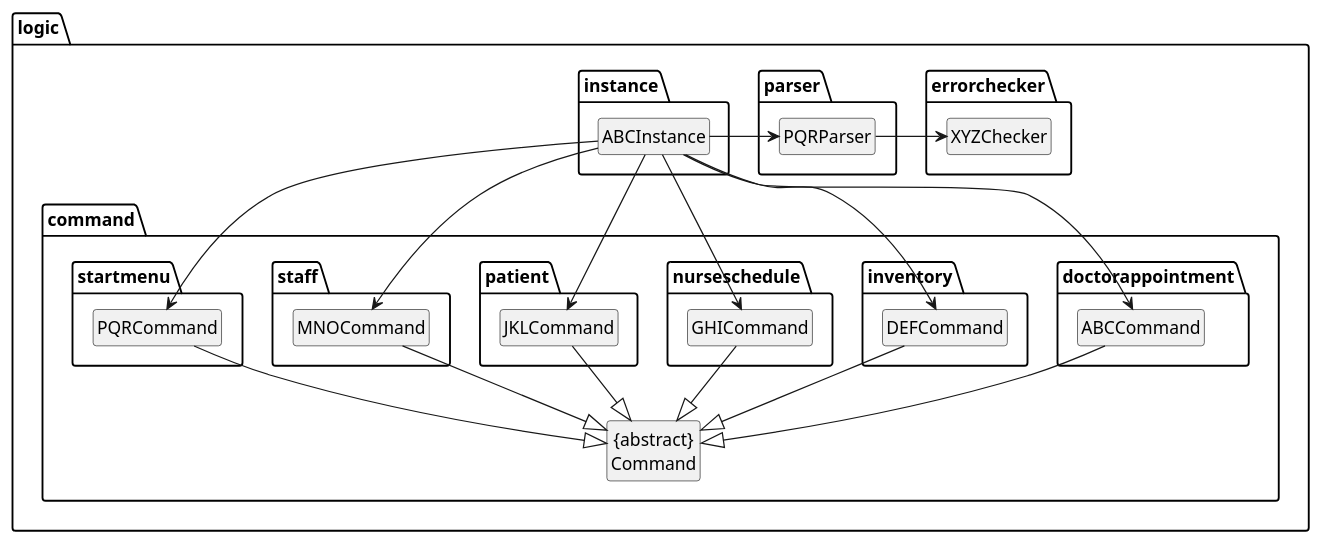
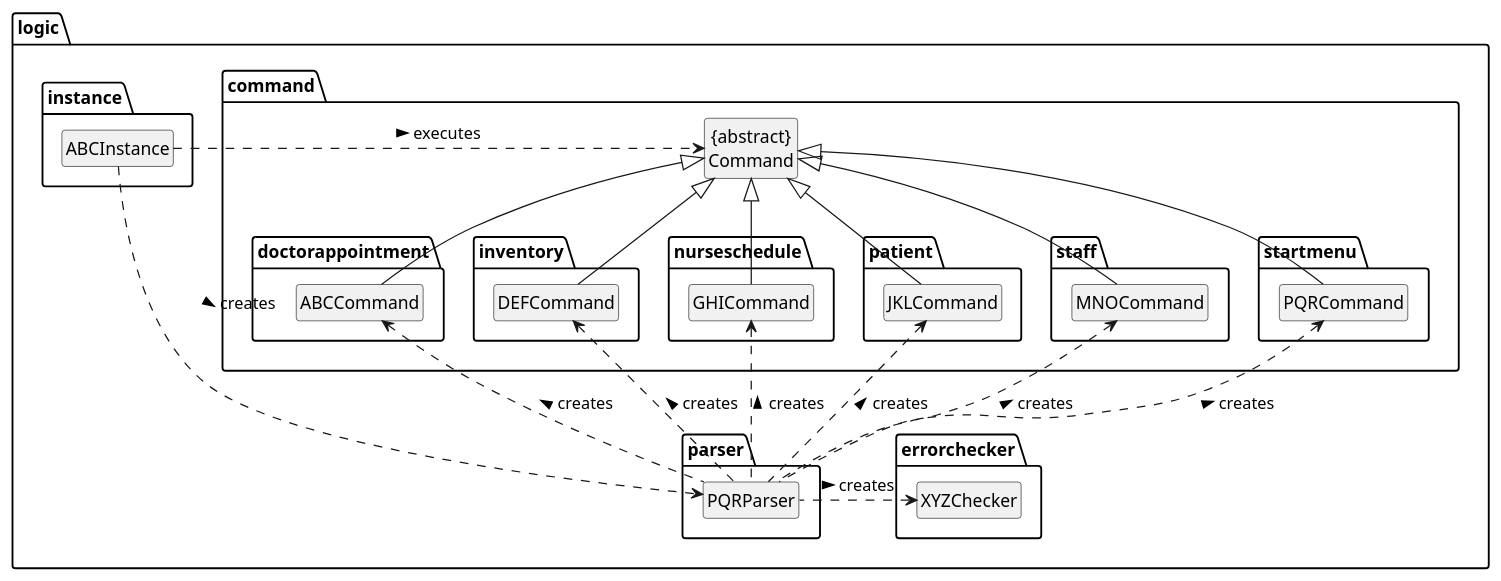
The diagram in docs/diagrams/LogicComponent.puml (nus-cs2113-AY2021S2/tp), drawn with PlantUML before and after one commit. The commit also changed 6 other files, not shown here.

Commit message:
add logic and patient uml diagrams.

```diff
--- a/docs/diagrams/LogicComponent.puml
+++ b/docs/diagrams/LogicComponent.puml
@@ -1,50 +1,51 @@
 @startuml
 
 hide members
 hide circle
 skinparam classAttributeIconSize 0
 package logic{
 package command{
 Class "{abstract}\nCommand" as Command
 package doctorappointment {
-Command <|--up ABCCommand
+Command <|-- ABCCommand
 }
 package inventory {
-Command <|--up DEFCommand
+Command <|-- DEFCommand
 }
 package nurseschedule {
-Command <|--up GHICommand
+Command <|-- GHICommand
 }
 package patient {
-Command <|--up JKLCommand
+Command <|-- JKLCommand
 }
 package staff {
-Command <|--up MNOCommand
+Command <|-- MNOCommand
 }
 package startmenu {
-Command <|--up PQRCommand
+Command <|-- PQRCommand
 }
 }
 package errorchecker{
 Class XYZChecker
 }
 
 package parser{
 Class PQRParser
-PQRParser -down> XYZChecker
+PQRParser .left.> XYZChecker : creates >
+PQRParser .up.> ABCCommand : creates >
+PQRParser .up.> DEFCommand : creates >
+PQRParser .up.> GHICommand : creates >
+PQRParser .up.> JKLCommand : creates >
+PQRParser .up.> MNOCommand : creates >
+PQRParser .up.> PQRCommand : creates >
 }
 
 package instance {
 Class ABCInstance
-ABCInstance --down> ABCCommand
-ABCInstance --down> DEFCommand
-ABCInstance --down> GHICommand
-ABCInstance --down> JKLCommand
-ABCInstance --down> MNOCommand
-ABCInstance --down> PQRCommand
-ABCInstance --left> PQRParser
+ABCInstance .RIGHT.> PQRParser : creates >
+ABCInstance .RIGHT.> Command : executes >
 }
 
 }
 
 @enduml
```
